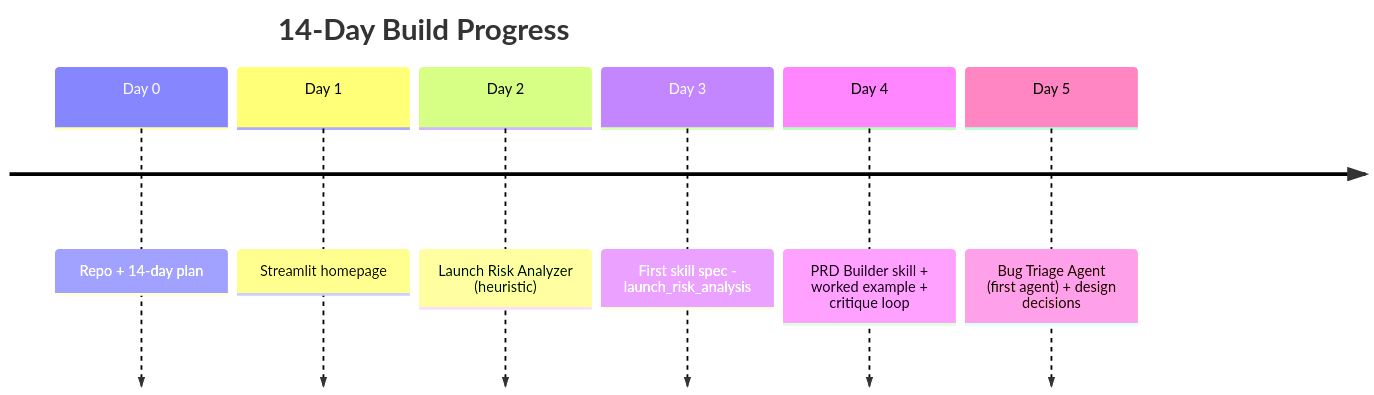
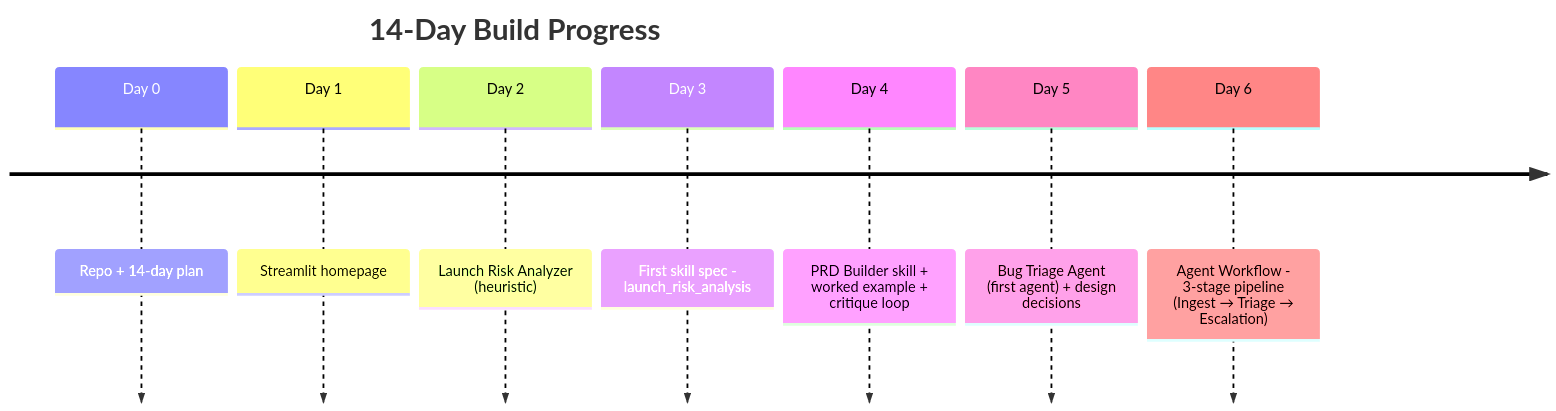
Before and after one commit to shwsingh/pm-tpm-ai-tools: the first of 2 diagrams in README.md, drawn with Mermaid. The commit also changed other lines of this file and 4 other files, not shown here.

First line of the commit message:
Day 6 - Agent Workflow: 3-stage bug triage pipeline

````diff
--- a/README.md
+++ b/README.md
@@ -84,10 +84,11 @@
 ```mermaid
 timeline
     title 14-Day Build Progress
     Day 0  : Repo + 14-day plan
     Day 1  : Streamlit homepage
     Day 2  : Launch Risk Analyzer (heuristic)
     Day 3  : First skill spec - launch_risk_analysis
     Day 4  : PRD Builder skill + worked example + critique loop
     Day 5  : Bug Triage Agent (first agent) + design decisions
+    Day 6  : Agent Workflow - 3-stage pipeline (Ingest → Triage → Escalation)
 ```
````
